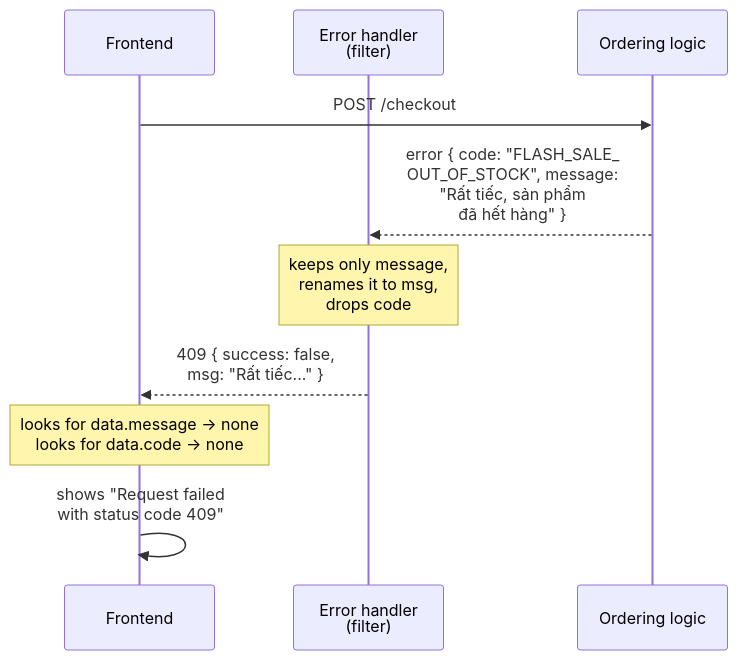
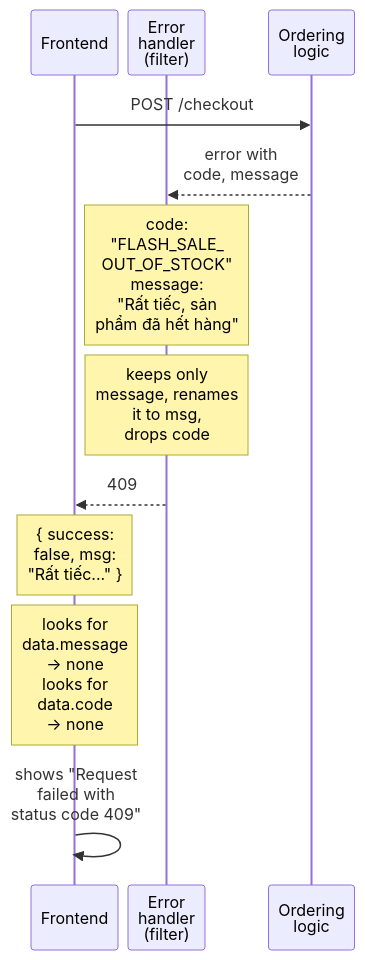
The second of 2 diagrams in content/en/posts/2026-11-18-api-foundations.md (duongbui234/software-engineering-atlas), drawn with Mermaid before and after one commit. The commit also changed other lines of this file and 134 other files, not shown here.

First line of the commit message:
Fit every Mermaid diagram at 390px without sideways scroll (#56)

````diff
--- a/content/en/posts/2026-11-18-api-foundations.md
+++ b/content/en/posts/2026-11-18-api-foundations.md
@@ -270,12 +270,15 @@
 ```mermaid
+%%{init: {"sequence": {"width": 70, "actorMargin": 10}}}%%
 sequenceDiagram
     participant FE as Frontend
-    participant F as Error handler<br/>(filter)
-    participant S as Ordering logic
+    participant F as Error<br/>handler<br/>(filter)
+    participant S as Ordering<br/>logic
     FE->>S: POST /checkout
-    S-->>F: error { code: "FLASH_SALE_<br/>OUT_OF_STOCK", message:<br/>"Rất tiếc, sản phẩm<br/>đã hết hàng" }
-    Note over F: keeps only message,<br/>renames it to msg,<br/>drops code
-    F-->>FE: 409 { success: false,<br/>msg: "Rất tiếc..." }
-    Note over FE: looks for data.message → none<br/>looks for data.code → none
-    FE->>FE: shows "Request failed<br/>with status code 409"
+    S-->>F: error with<br/>code, message
+    Note over F: code:<br/>"FLASH_SALE_<br/>OUT_OF_STOCK"<br/>message:<br/>"Rất tiếc, sản<br/>phẩm đã hết hàng"
+    Note over F: keeps only<br/>message, renames<br/>it to msg,<br/>drops code
+    F-->>FE: 409
+    Note over FE: { success:<br/>false, msg:<br/>"Rất tiếc..." }
+    Note over FE: looks for<br/>data.message<br/>→ none<br/>looks for<br/>data.code<br/>→ none
+    FE->>FE: shows "Request<br/>failed with<br/>status code 409"
 ```
````
